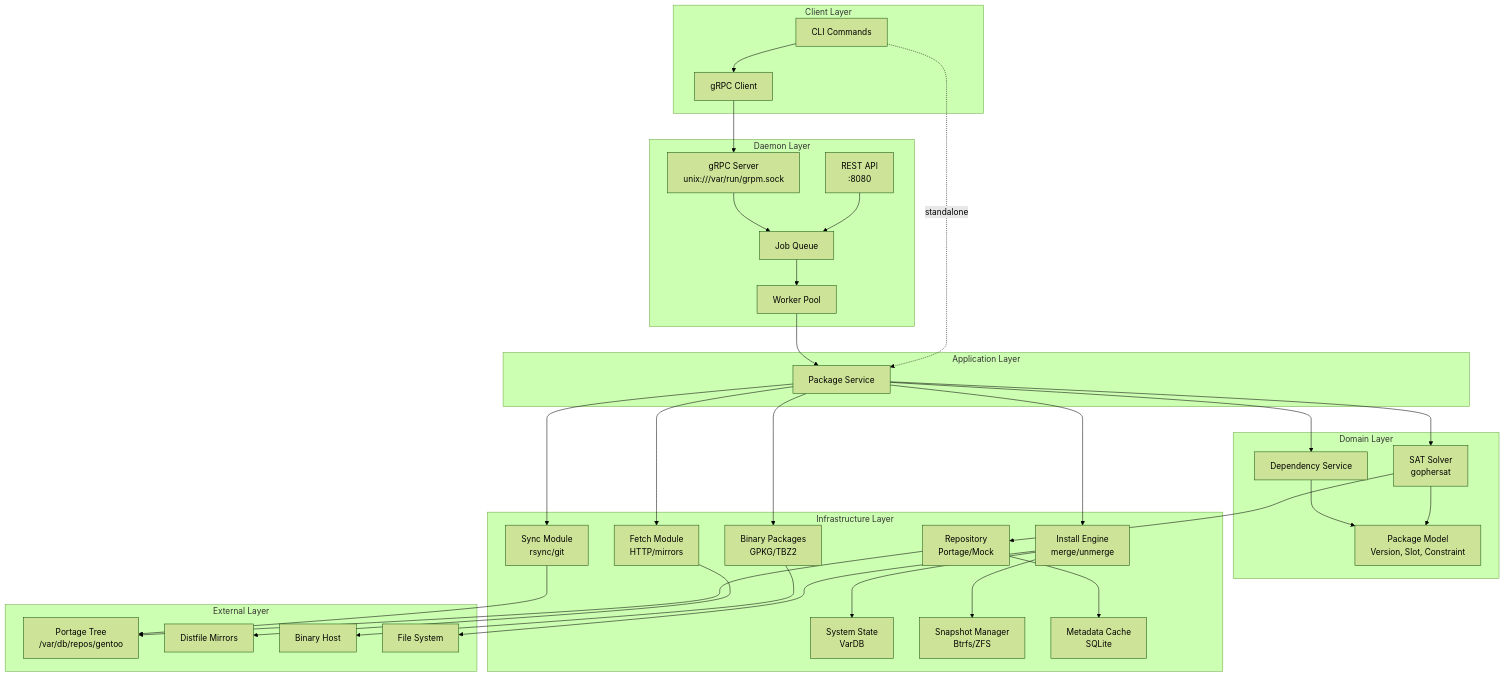
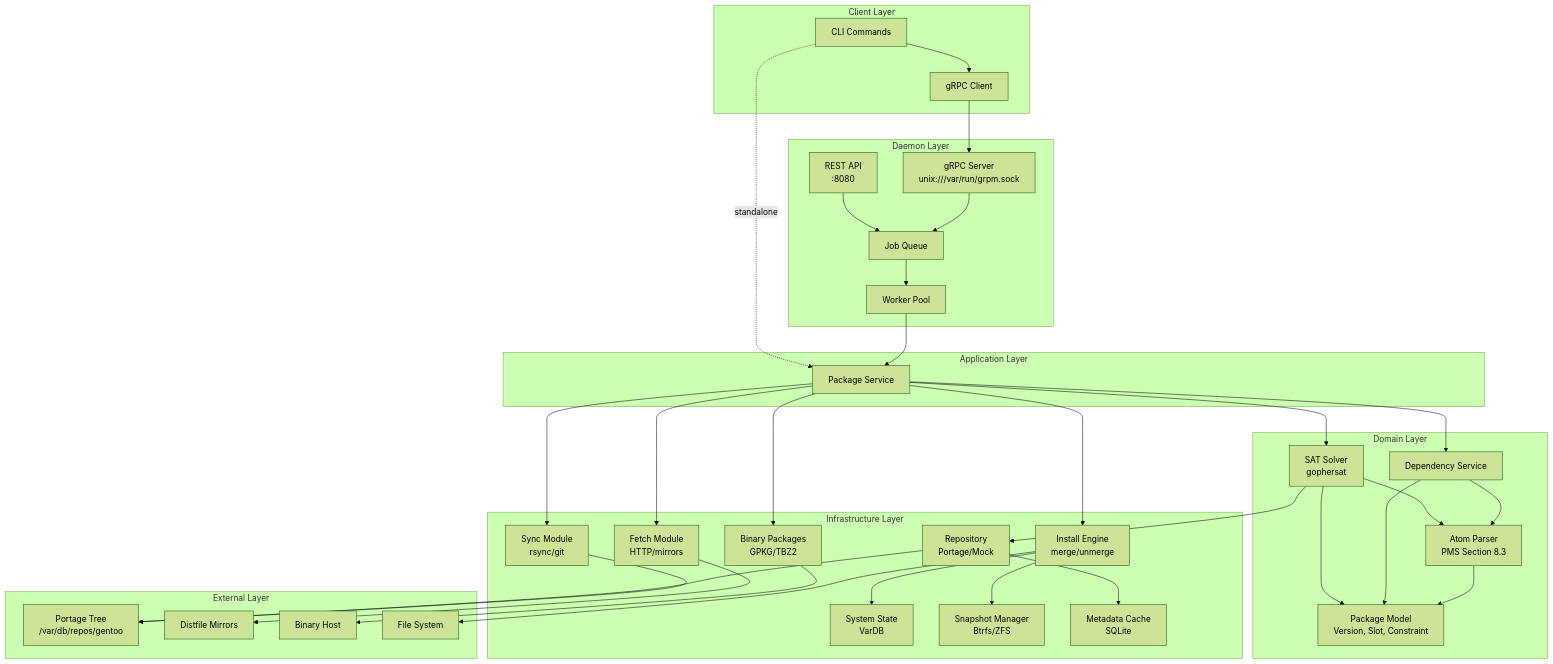
The diagram in docs/ARCHITECTURE.md (grpmsoft/grpm), drawn with Mermaid (forest theme) before and after one commit. The commit also changed other lines of this file and 2 other files, not shown here.

Commit message:
docs: update documentation for atom parser (v0.3.0-001)
- CHANGELOG.md: add atom parser to Unreleased section
- ROADMAP.md: update current development status, add v0.2.0/v0.1.1 releases
- ARCHITECTURE.md: add Atom Parser to domain layer diagram

````diff
--- a/docs/ARCHITECTURE.md
+++ b/docs/ARCHITECTURE.md
@@ -5,73 +5,77 @@
 ```mermaid
 flowchart TB
     subgraph Client["Client Layer"]
         CLI[CLI Commands]
         GRPC_CLIENT[gRPC Client]
     end
 
     subgraph Daemon["Daemon Layer"]
         GRPC_SERVER[gRPC Server<br/>unix:///var/run/grpm.sock]
         REST_API[REST API<br/>:8080]
         JOB_QUEUE[Job Queue]
         WORKERS[Worker Pool]
     end
 
     subgraph Application["Application Layer"]
         PKG_SERVICE[Package Service]
     end
 
     subgraph Domain["Domain Layer"]
         SOLVER[SAT Solver<br/>gophersat]
         PKG[Package Model<br/>Version, Slot, Constraint]
+        ATOM[Atom Parser<br/>PMS Section 8.3]
         DEP_SERVICE[Dependency Service]
     end
 
     subgraph Infrastructure["Infrastructure Layer"]
         REPO[Repository<br/>Portage/Mock]
         SYNC[Sync Module<br/>rsync/git]
         FETCH[Fetch Module<br/>HTTP/mirrors]
         INSTALL[Install Engine<br/>merge/unmerge]
         BINPKG[Binary Packages<br/>GPKG/TBZ2]
         STATE[System State<br/>VarDB]
         SNAPSHOT[Snapshot Manager<br/>Btrfs/ZFS]
         CACHE[Metadata Cache<br/>SQLite]
     end
 
     subgraph External["External Layer"]
         PORTAGE_TREE[Portage Tree<br/>/var/db/repos/gentoo]
         MIRRORS[Distfile Mirrors]
         BINHOST[Binary Host]
         FS[File System]
     end
 
     CLI --> GRPC_CLIENT
     CLI -.->|standalone| PKG_SERVICE
     GRPC_CLIENT --> GRPC_SERVER
     REST_API --> JOB_QUEUE
     GRPC_SERVER --> JOB_QUEUE
     JOB_QUEUE --> WORKERS
     WORKERS --> PKG_SERVICE
 
     PKG_SERVICE --> SOLVER
     PKG_SERVICE --> DEP_SERVICE
     SOLVER --> PKG
+    SOLVER --> ATOM
     DEP_SERVICE --> PKG
+    DEP_SERVICE --> ATOM
+    ATOM --> PKG
 
     SOLVER --> REPO
     REPO --> CACHE
     REPO --> PORTAGE_TREE
 
     PKG_SERVICE --> SYNC
     SYNC --> PORTAGE_TREE
 
     PKG_SERVICE --> FETCH
     FETCH --> MIRRORS
 
     PKG_SERVICE --> INSTALL
     INSTALL --> STATE
     INSTALL --> SNAPSHOT
     INSTALL --> FS
 
     PKG_SERVICE --> BINPKG
     BINPKG --> BINHOST
 ```
````
